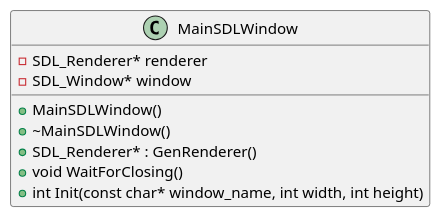
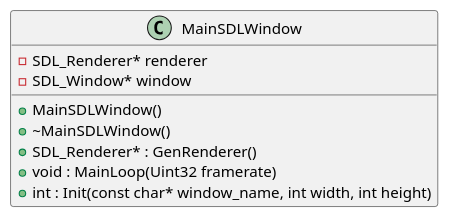
The diagram in uml/classes.puml (Ytaki2134/gtech1-b20-snake), drawn with PlantUML before and after one commit. The commit also changed 3 other files, not shown here.

```diff
--- a/uml/classes.puml
+++ b/uml/classes.puml
@@ -1,11 +1,11 @@
 @startuml
 class MainSDLWindow{
   -SDL_Renderer* renderer
   -SDL_Window* window
   +MainSDLWindow()
   +~MainSDLWindow()
   +SDL_Renderer* : GenRenderer()
-  +void WaitForClosing()
-  +int Init(const char* window_name, int width, int height)
+  +void : MainLoop(Uint32 framerate)
+  +int : Init(const char* window_name, int width, int height)
 }
 @enduml
```
